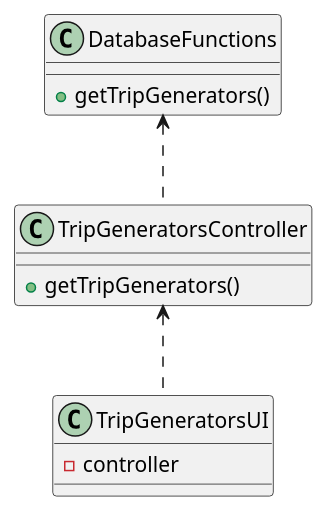
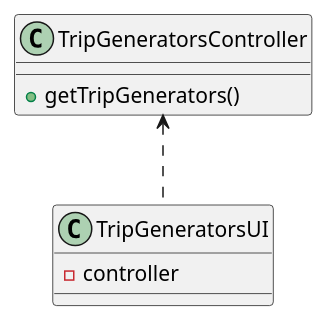
Before and after one commit to 1190772/LAB-Project-3: the diagram in docs/Sprint 4/US/US415/US415_CD.puml, drawn with PlantUML. The commit also changed 12 other files, not shown here.

```diff
--- a/docs/Sprint 4/US/US415/US415_CD.puml
+++ b/docs/Sprint 4/US/US415/US415_CD.puml
@@ -1,19 +1,14 @@
 @startuml
 'https://plantuml.com/class-diagram
 
 class TripGeneratorsUI {
 - controller
 }
 
 class TripGeneratorsController {
 + getTripGenerators()
 }
 
-class DatabaseFunctions {
-+ getTripGenerators()
-}
-
 TripGeneratorsController <.. TripGeneratorsUI
-DatabaseFunctions <.. TripGeneratorsController
 
 @enduml
```
